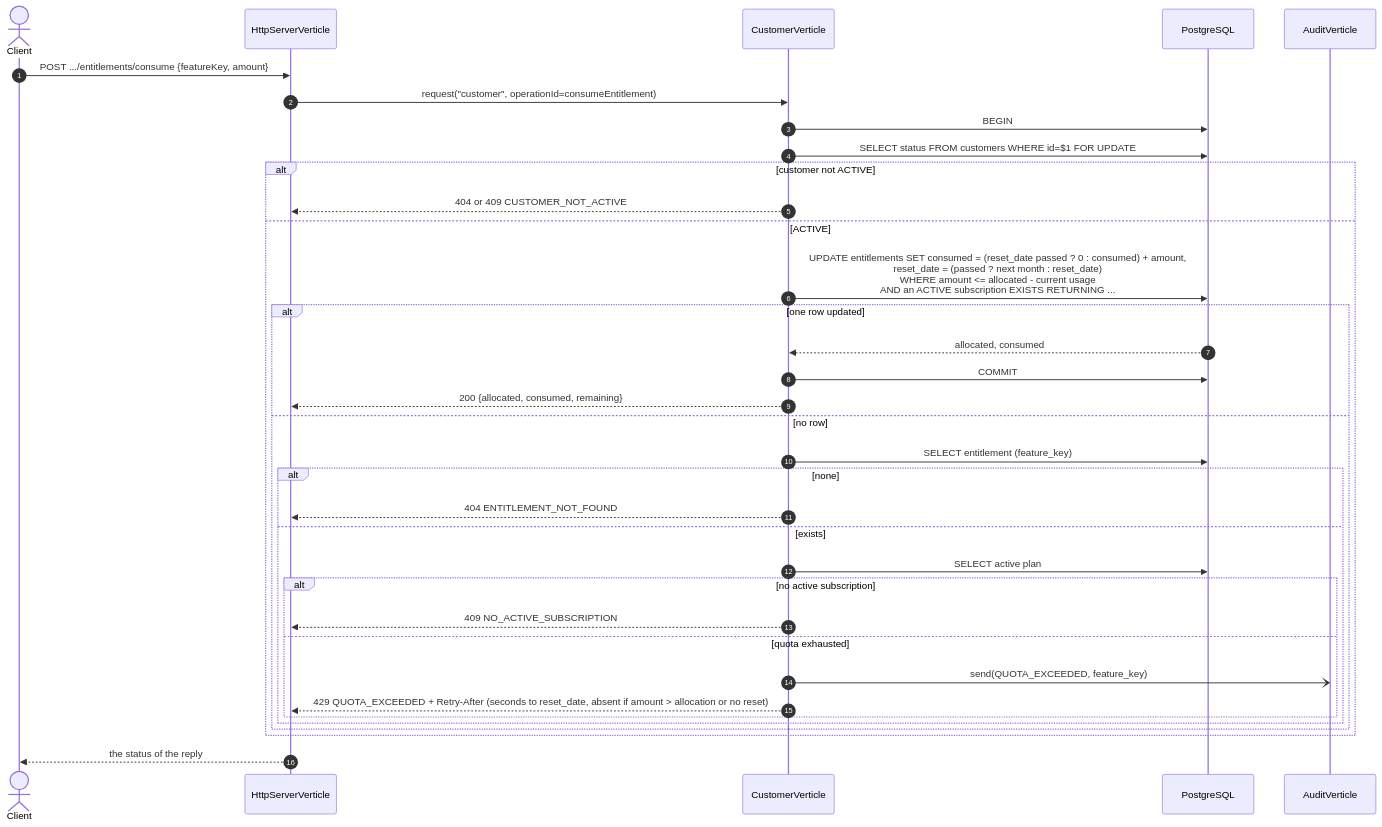
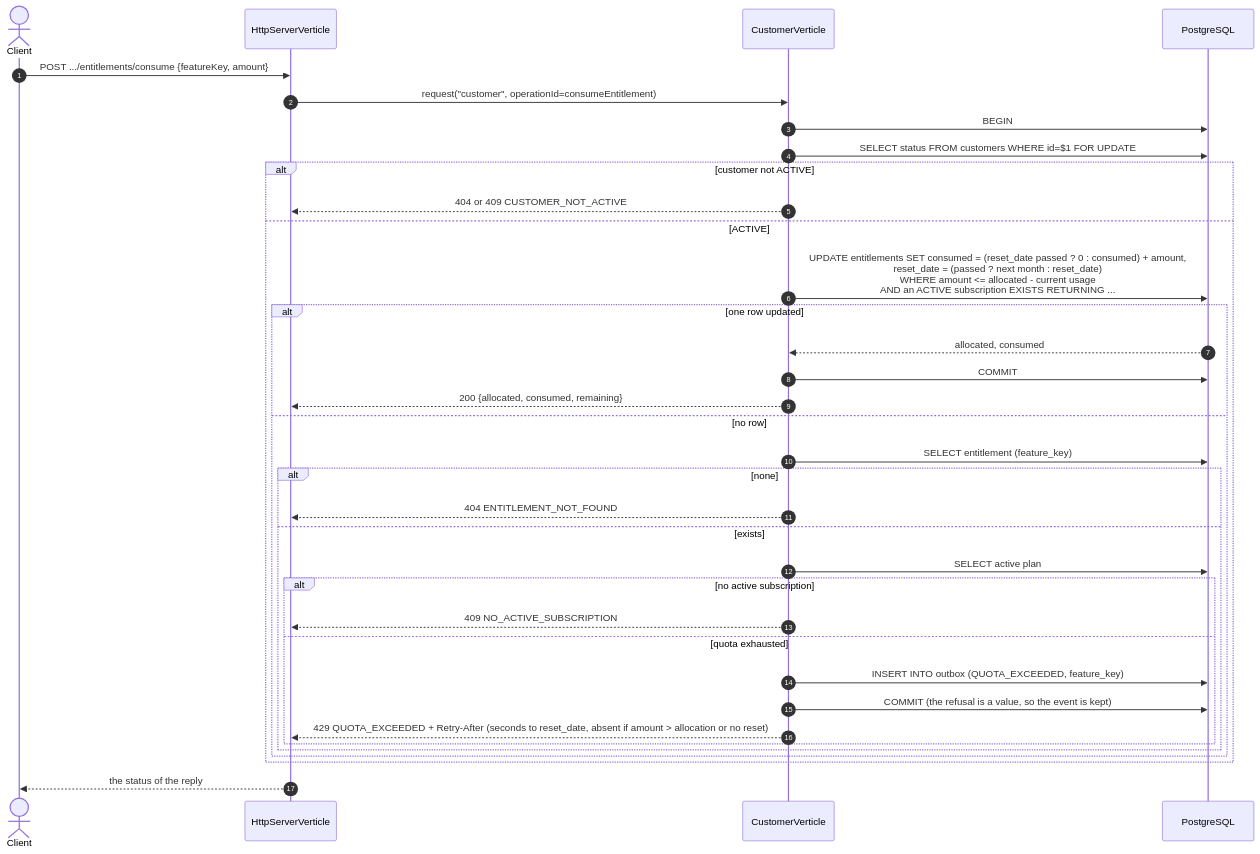
The eighth of 17 diagrams in docs/ARCHITECTURE.md (bataillec/customer-api-vertx), drawn with Mermaid before and after one commit. The commit also changed other lines of this file and 41 other files, not shown here.

First line of the commit message:
feat(Audit): Write audit events through a transactional outbox (#23)

````diff
--- a/docs/ARCHITECTURE.md
+++ b/docs/ARCHITECTURE.md
@@ -296,37 +299,37 @@
 ```mermaid
 sequenceDiagram
     autonumber
     actor C as Client
     participant H as HttpServerVerticle
     participant CU as CustomerVerticle
     participant DB as PostgreSQL
-    participant A as AuditVerticle
     C ->> H: POST .../entitlements/consume {featureKey, amount}
     H ->> CU: request("customer", operationId=consumeEntitlement)
     CU ->> DB: BEGIN
     CU ->> DB: SELECT status FROM customers WHERE id=$1 FOR UPDATE
     alt customer not ACTIVE
         CU -->> H: 404 or 409 CUSTOMER_NOT_ACTIVE
     else ACTIVE
         CU ->> DB: UPDATE entitlements SET consumed = (reset_date passed ? 0 : consumed) + amount,<br/>reset_date = (passed ? next month : reset_date)<br/>WHERE amount <= allocated - current usage<br/>AND an ACTIVE subscription EXISTS RETURNING ...
         alt one row updated
             DB -->> CU: allocated, consumed
             CU ->> DB: COMMIT
             CU -->> H: 200 {allocated, consumed, remaining}
         else no row
             CU ->> DB: SELECT entitlement (feature_key)
             alt none
                 CU -->> H: 404 ENTITLEMENT_NOT_FOUND
             else exists
                 CU ->> DB: SELECT active plan
                 alt no active subscription
                     CU -->> H: 409 NO_ACTIVE_SUBSCRIPTION
                 else quota exhausted
-                    CU -) A: send(QUOTA_EXCEEDED, feature_key)
+                    CU ->> DB: INSERT INTO outbox (QUOTA_EXCEEDED, feature_key)
+                    CU ->> DB: COMMIT (the refusal is a value, so the event is kept)
                     CU -->> H: 429 QUOTA_EXCEEDED + Retry-After (seconds to reset_date, absent if amount > allocation or no reset)
                 end
             end
         end
     end
     H -->> C: the status of the reply
 ```
````
